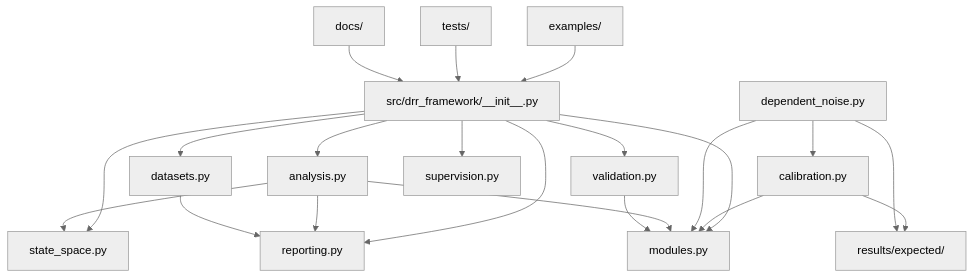
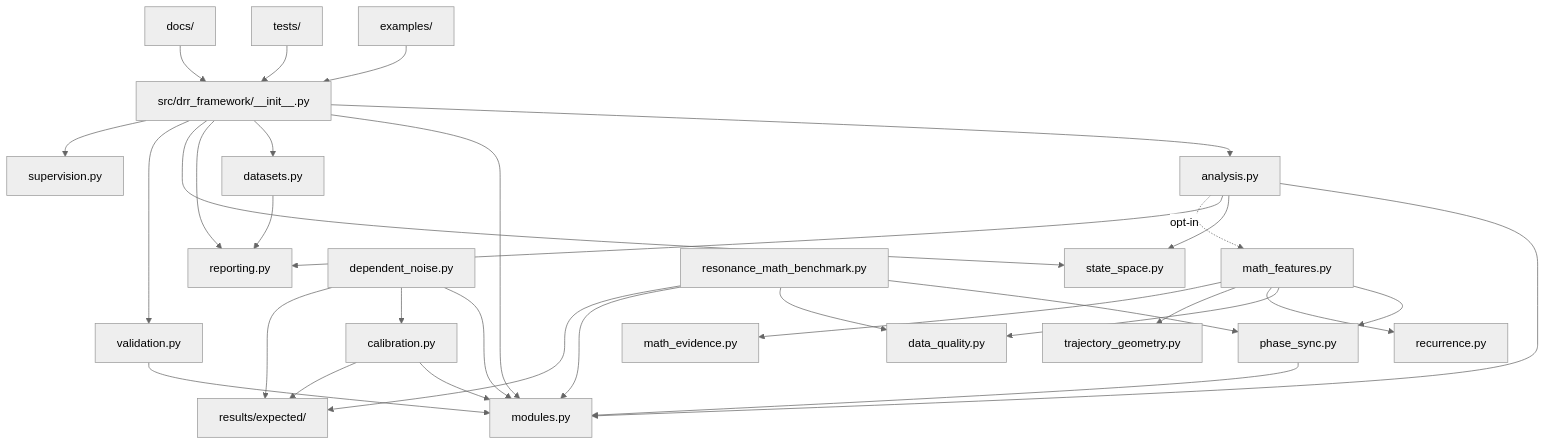
The seventh of 7 diagrams in docs/architecture.md (topherchris420/dynamic-resonance-rooting), drawn with Mermaid (neutral theme) before and after one commit. The commit also changed other lines of this file and 21 other files, not shown here.

First line of the commit message:
Record the phase and harmonic benchmark and document its findings

````diff
--- a/docs/architecture.md
+++ b/docs/architecture.md
@@ -136,23 +136,34 @@
 ```mermaid
 flowchart TD
     API[src/drr_framework/__init__.py] --> Analysis[analysis.py]
     API --> Modules[modules.py]
     API --> Datasets[datasets.py]
     API --> Reporting[reporting.py]
     API --> StateSpace[state_space.py]
     API --> Validation[validation.py]
     API --> Supervision[supervision.py]
     Calibration[calibration.py] --> Modules
     DependentNoise[dependent_noise.py] --> Modules
     DependentNoise --> Calibration
     Analysis --> Modules
     Analysis --> StateSpace
     Analysis --> Reporting
     Datasets --> Reporting
     Validation --> Modules
     Examples[examples/] --> API
     Tests[tests/] --> API
     Docs[docs/] --> API
     Calibration --> Artifacts[results/expected/]
     DependentNoise --> Artifacts
+    MathFeatures[math_features.py] --> PhaseSync[phase_sync.py]
+    MathFeatures --> DataQuality[data_quality.py]
+    MathFeatures --> Recurrence[recurrence.py]
+    MathFeatures --> Geometry[trajectory_geometry.py]
+    MathFeatures --> MathEvidence[math_evidence.py]
+    PhaseSync --> Modules
+    Analysis -. opt-in .-> MathFeatures
+    MathBenchmark[resonance_math_benchmark.py] --> PhaseSync
+    MathBenchmark --> DataQuality
+    MathBenchmark --> Modules
+    MathBenchmark --> Artifacts
 ```
````
